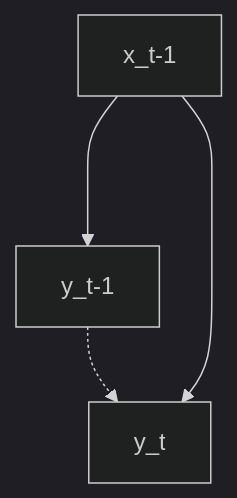
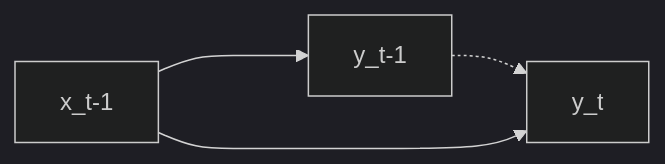
The diagram in docs/Economics/Econometrics/10_Time_Series_Modelling.md (AhmedThahir/AhmedThahir.github.io), drawn with Mermaid (dark theme) before and after one commit. The commit also changed other lines of this file and 72 other files, not shown here.

````diff
--- a/docs/Economics/Econometrics/10_Time_Series_Modelling.md
+++ b/docs/Economics/Econometrics/10_Time_Series_Modelling.md
@@ -38,10 +36,11 @@
 ```mermaid
-flowchart TB
+flowchart LR
 xt1["x_t-1"] -->
 yt1["y_t-1"]
+
 
 yt1 -.-> yt
 
 xt1["x_t-1"] ---->
 yt["y_t"]
 ```
````
